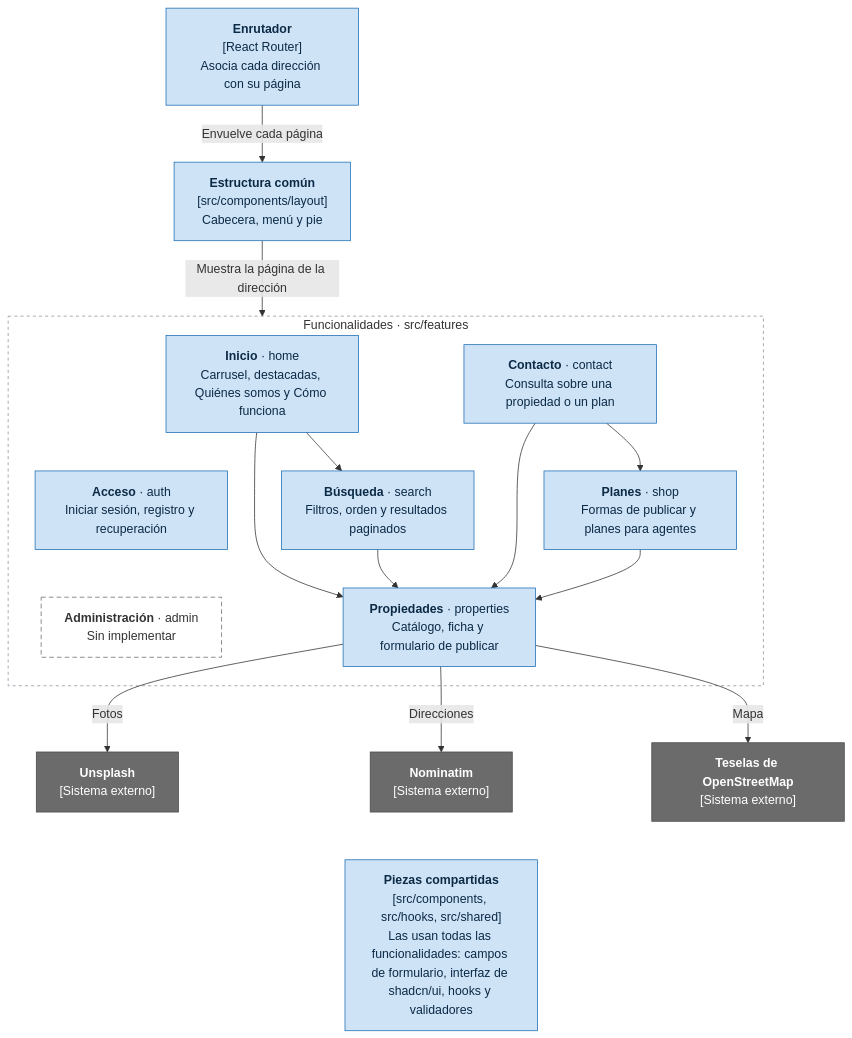
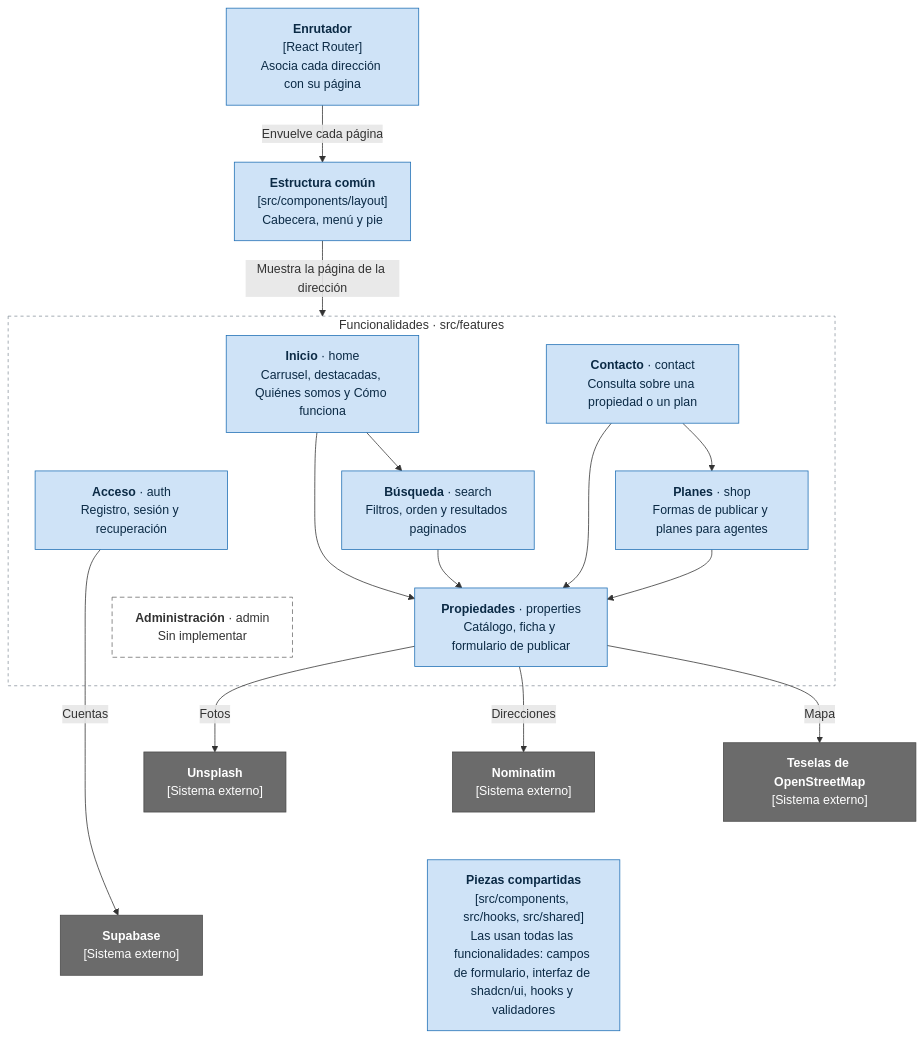
The fourth of 6 diagrams in docs/arquitectura.md (jespinal899/raizMotor), drawn with Mermaid before and after one commit. The commit also changed other lines of this file and 1 other file, not shown here.

First line of the commit message:
docs: documenta las cuentas con Supabase

````diff
--- a/docs/arquitectura.md
+++ b/docs/arquitectura.md
@@ -125,48 +130,51 @@
 ```mermaid
 %%{init: {"flowchart": {"wrappingWidth": 190}}}%%
 flowchart TB
     accTitle: Componentes de la aplicación web
-    accDescr: El enrutador muestra, dentro de la estructura común, la página de cada funcionalidad. Inicio usa Búsqueda y Propiedades, Búsqueda usa Propiedades, Contacto usa Propiedades y Planes, y Planes usa Propiedades. Propiedades consulta los sistemas externos. Todas usan las piezas compartidas.
+    accDescr: El enrutador muestra, dentro de la estructura común, la página de cada funcionalidad. Inicio usa Búsqueda y Propiedades, Búsqueda usa Propiedades, Contacto usa Propiedades y Planes, y Planes usa Propiedades. Acceso lleva las cuentas en Supabase y Propiedades consulta los demás sistemas externos. Todas usan las piezas compartidas.
 
     router["<b>Enrutador</b><br/>[React Router]<br/>Asocia cada dirección con su página"]
     layout["<b>Estructura común</b><br/>[src/components/layout]<br/>Cabecera, menú y pie"]
 
     subgraph features ["Funcionalidades · src/features"]
         home["<b>Inicio</b> · home<br/>Carrusel, destacadas, Quiénes somos y Cómo funciona"]
         contact["<b>Contacto</b> · contact<br/>Consulta sobre una propiedad o un plan"]
-        auth["<b>Acceso</b> · auth<br/>Iniciar sesión, registro y recuperación"]
+        auth["<b>Acceso</b> · auth<br/>Registro, sesión y recuperación"]
         search["<b>Búsqueda</b> · search<br/>Filtros, orden y resultados paginados"]
         shop["<b>Planes</b> · shop<br/>Formas de publicar y planes para agentes"]
         admin["<b>Administración</b> · admin<br/>Sin implementar"]
         properties["<b>Propiedades</b> · properties<br/>Catálogo, ficha y formulario de publicar"]
 
         home --> search --> properties
         home --> properties
         contact --> shop
         contact --> properties
         shop --> properties
         %% Enlaces invisibles: solo ordenan las cajas en tres columnas para que el diagrama no se ensanche.
         contact ~~~ search
         auth ~~~ admin
     end
 
     tiles["<b>Teselas de OpenStreetMap</b><br/>[Sistema externo]"]
     nominatim["<b>Nominatim</b><br/>[Sistema externo]"]
     unsplash["<b>Unsplash</b><br/>[Sistema externo]"]
+    supabase["<b>Supabase</b><br/>[Sistema externo]"]
     shared["<b>Piezas compartidas</b><br/>[src/components, src/hooks, src/shared]<br/>Las usan todas las funcionalidades: campos de formulario, interfaz de shadcn/ui, hooks y validadores"]
 
     router -- "Envuelve cada página" --> layout
     layout -- "Muestra la página de la dirección" --> features
     properties -- "Mapa" --> tiles
     properties -- "Direcciones" --> nominatim
     properties -- "Fotos" --> unsplash
+    auth -- "Cuentas" --> supabase
     nominatim ~~~ shared
+    unsplash ~~~ supabase
 
     classDef componente fill:#cfe3f7,stroke:#1f6fb5,color:#0b2a45
     classDef externo fill:#6b6b6b,stroke:#4a4a4a,color:#fff
     classDef pendiente fill:#fff,stroke:#6b6b6b,color:#333,stroke-dasharray:6 4
     class router,layout,home,search,properties,contact,shop,auth,shared componente
-    class tiles,nominatim,unsplash externo
+    class supabase,tiles,nominatim,unsplash externo
     class admin pendiente
     style features fill:none,stroke:#8c959f,stroke-dasharray:4 4
 ```
````
